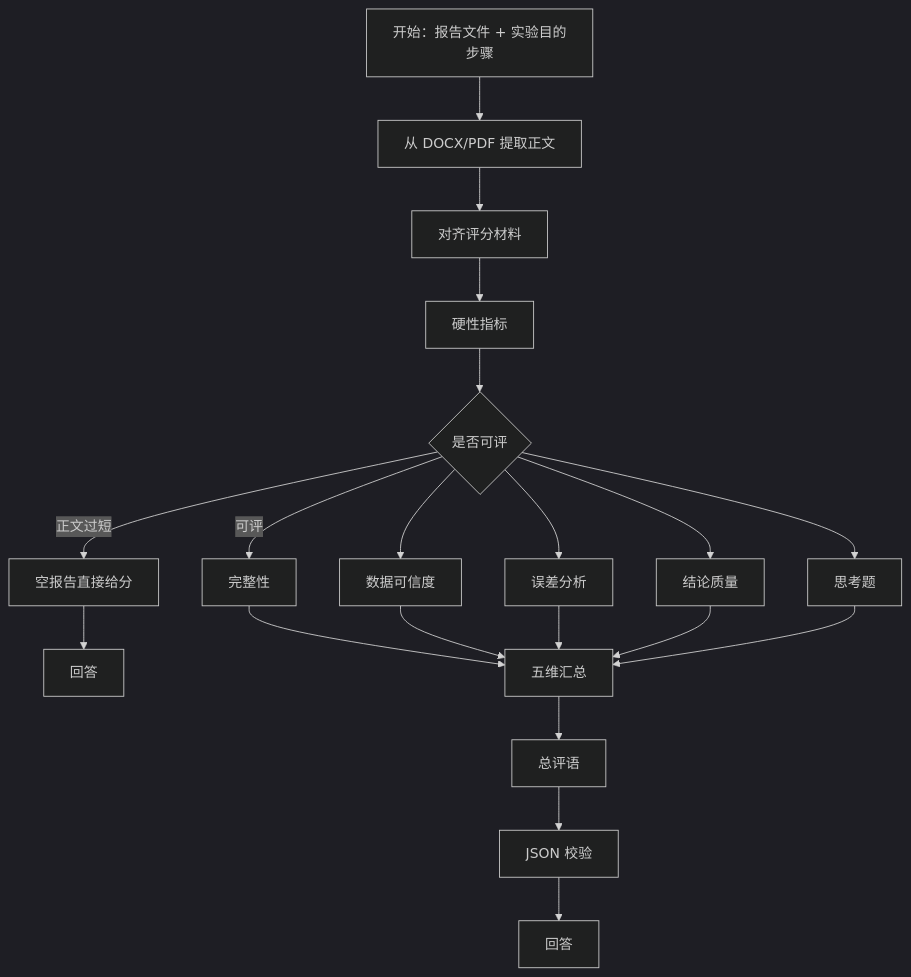
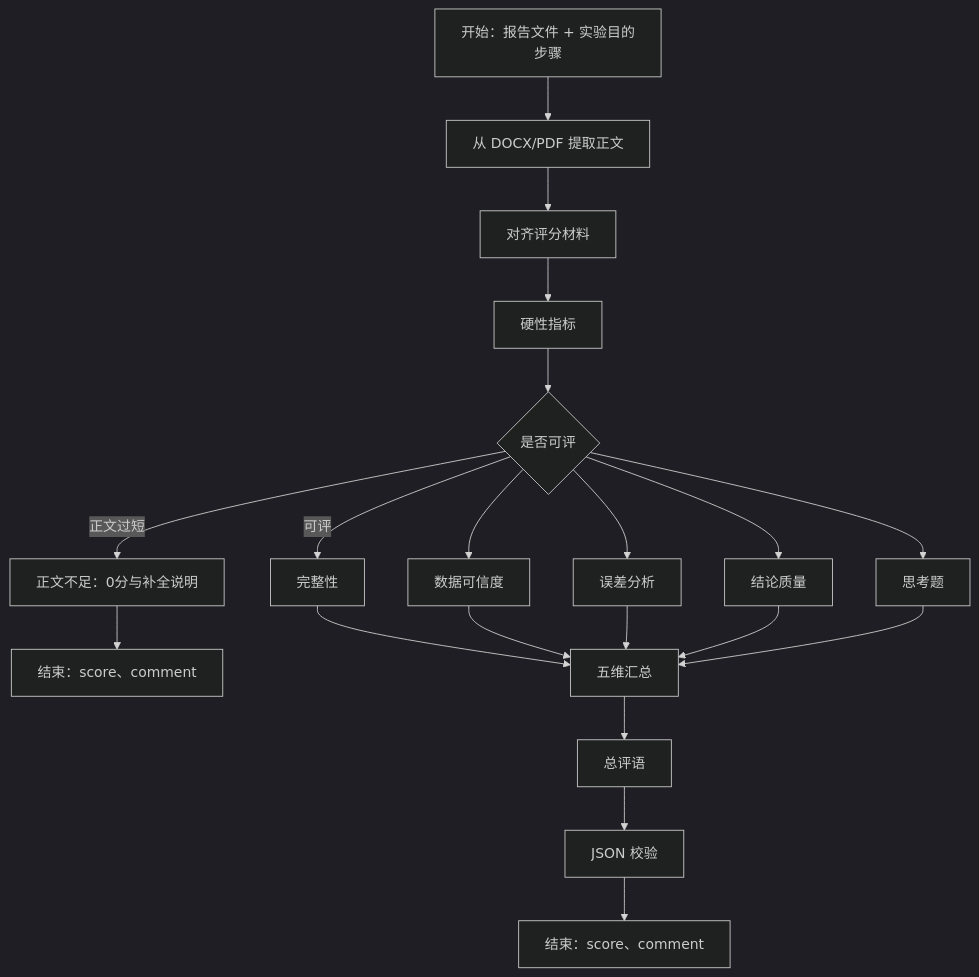
One commit to yanjing888/wxz changed the diagram in docs/dify/SETUP-REPORT-REVIEW-WORKFLOW.md. Above: the diagram before and after it, drawn with Mermaid (dark theme). The commit also changed other lines of this file and 58 other files, not shown here.

````diff
--- a/docs/dify/SETUP-REPORT-REVIEW-WORKFLOW.md
+++ b/docs/dify/SETUP-REPORT-REVIEW-WORKFLOW.md
@@ -42,22 +47,22 @@
 ```mermaid
 flowchart TB
   Start[开始：报告文件 + 实验目的步骤] --> Extract[从 DOCX/PDF 提取正文]
   Extract --> Parse[对齐评分材料]
   Parse --> Metrics[硬性指标]
   Metrics --> Router{是否可评}
-  Router -->|正文过短| Empty[空报告直接给分]
-  Empty --> AnsA[回答]
+  Router -->|正文过短| Empty[正文不足：0分与补全说明]
+  Empty --> AnsA[结束：score、comment]
   Router -->|可评| C[完整性]
   Router --> D[数据可信度]
   Router --> E[误差分析]
   Router --> F[结论质量]
   Router --> T[思考题]
   C --> Merge[五维汇总]
   D --> Merge
   E --> Merge
   F --> Merge
   T --> Merge
   Merge --> Final[总评语]
   Final --> Format[JSON 校验]
-  Format --> AnsB[回答]
+  Format --> AnsB[结束：score、comment]
 ```
````
